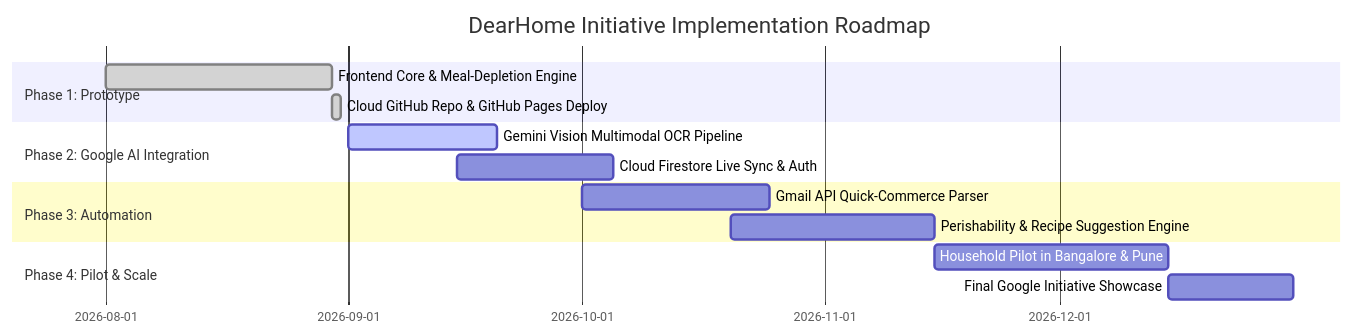
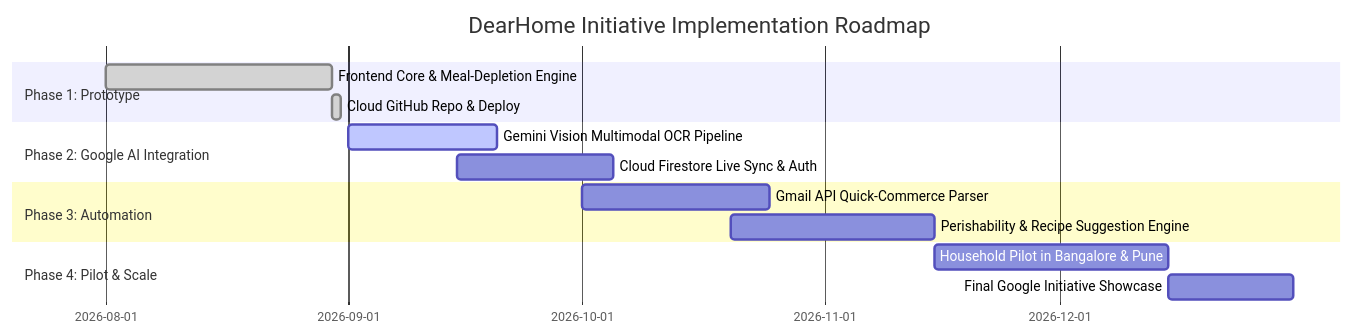
One commit to sindhuja-ramesh/dearhome changed the second of 2 diagrams in PROPOSAL.md. Above: the diagram before and after it, drawn with Mermaid. The commit also changed other lines of this file and 1 other file, not shown here.

````diff
--- a/PROPOSAL.md
+++ b/PROPOSAL.md
@@ -84,17 +83,17 @@
 ```mermaid
 gantt
     title DearHome Initiative Implementation Roadmap
     dateFormat  YYYY-MM-DD
     section Phase 1: Prototype
     Frontend Core & Meal-Depletion Engine :done, p1, 2026-08-01, 2026-08-30
-    Cloud GitHub Repo & GitHub Pages Deploy :done, p2, 2026-08-30, 2026-08-31
+    Cloud GitHub Repo & Deploy :done, p2, 2026-08-30, 2026-08-31
     section Phase 2: Google AI Integration
     Gemini Vision Multimodal OCR Pipeline :active, p3, 2026-09-01, 2026-09-20
     Cloud Firestore Live Sync & Auth :p4, 2026-09-15, 2026-10-05
     section Phase 3: Automation
     Gmail API Quick-Commerce Parser :p5, 2026-10-01, 2026-10-25
     Perishability & Recipe Suggestion Engine :p6, 2026-10-20, 2026-11-15
     section Phase 4: Pilot & Scale
     Household Pilot in Bangalore & Pune :p7, 2026-11-15, 2026-12-15
     Final Google Initiative Showcase :p8, 2026-12-15, 2026-12-31
 ```
````
